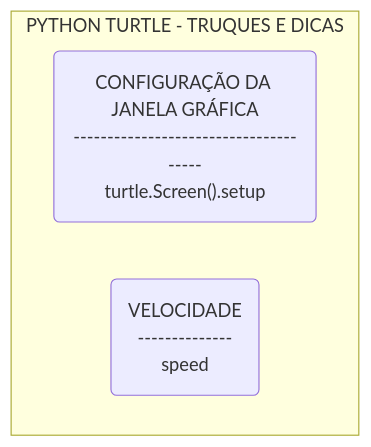
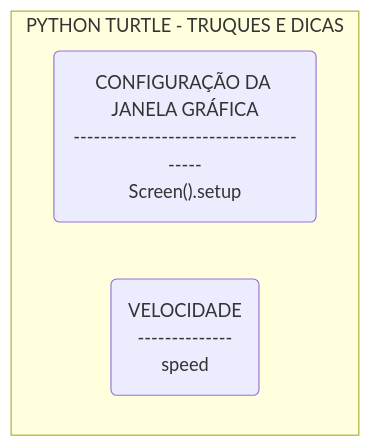
One commit to xbecas/init_python changed the fourth of 4 diagrams in techtree.md. Above: the diagram before and after it, drawn with Mermaid. The commit also changed other lines of this file, not shown here.

````diff
--- a/techtree.md
+++ b/techtree.md
@@ -36,9 +58,9 @@
 ```mermaid
   graph TD
   
     subgraph "PYTHON TURTLE - TRUQUES E DICAS"
       %% Truques para conforto e eficiência
-      ScreenSetup("CONFIGURAÇÃO DA JANELA GRÁFICA<br>--------------------------------------<br>turtle.Screen().setup")
+      ScreenSetup("CONFIGURAÇÃO DA JANELA GRÁFICA<br>--------------------------------------<br>Screen().setup")
       Velocidade("VELOCIDADE<br>--------------<br>speed")
     end
 ```
````
